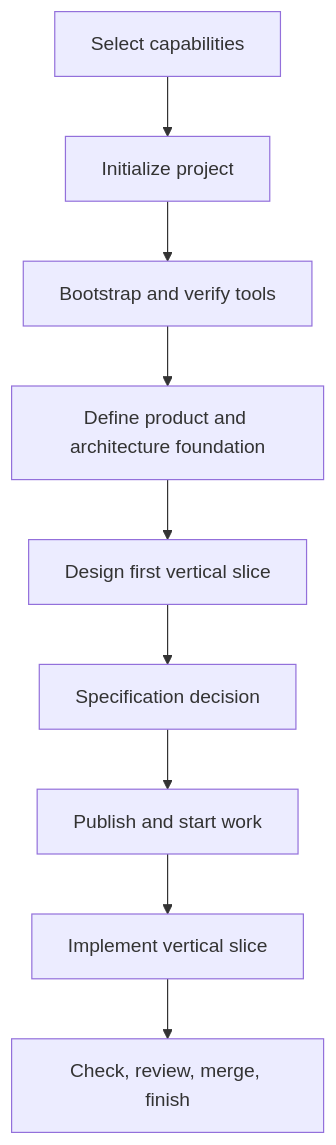
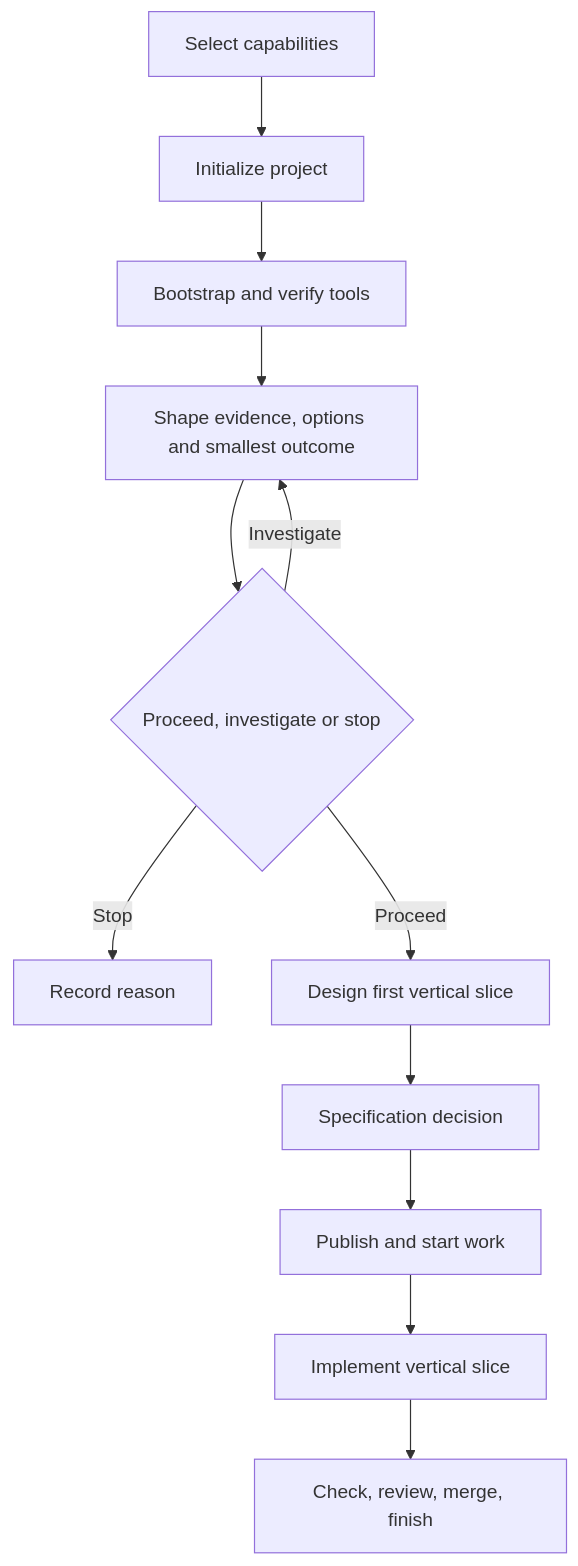
The diagram in docs/workflows/greenfield.md (Sean-Koval/ai-dlc), drawn with Mermaid before and after one commit. The commit also changed other lines of this file and 39 other files, not shown here.

Commit message:
feat: guide evidence-based product shaping and handoffs

````diff
--- a/docs/workflows/greenfield.md
+++ b/docs/workflows/greenfield.md
@@ -11,11 +11,14 @@
 ```mermaid
 flowchart TD
     A[Select capabilities] --> I[Initialize project]
     I --> B[Bootstrap and verify tools]
-    B --> F[Define product and architecture foundation]
-    F --> D[Design first vertical slice]
+    B --> F[Shape evidence, options and smallest outcome]
+    F --> J{Proceed, investigate or stop}
+    J -->|Investigate| F
+    J -->|Stop| X[Record reason]
+    J -->|Proceed| D[Design first vertical slice]
     D --> S[Specification decision]
     S --> W[Publish and start work]
     W --> V[Implement vertical slice]
     V --> C[Check, review, merge, finish]
 ```
````
